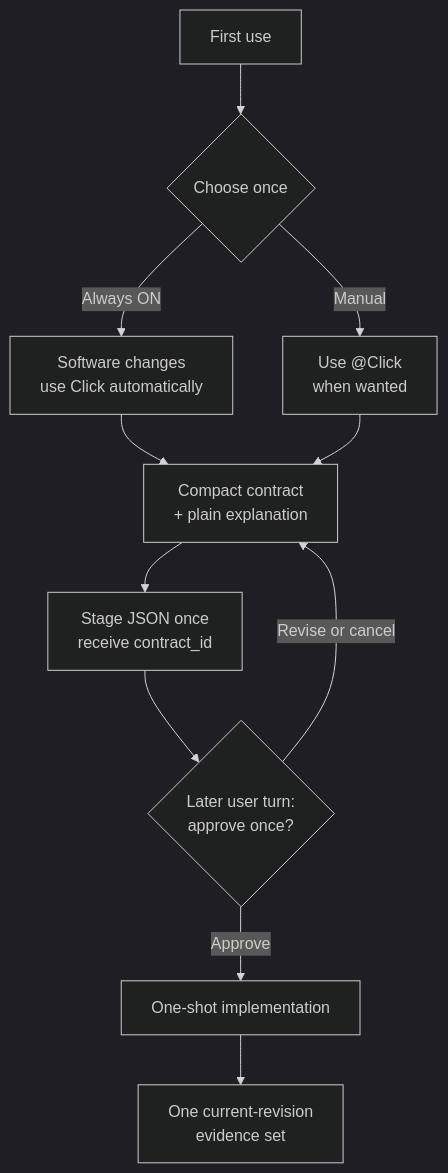
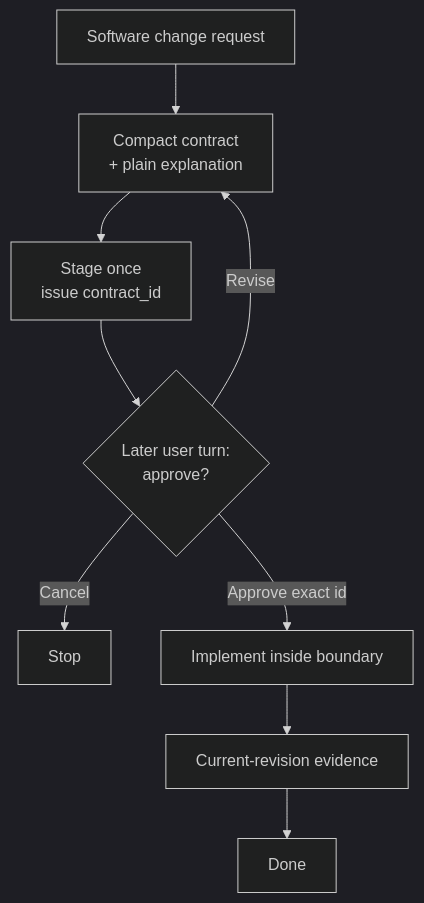
One commit to grapefruit0205/build-brief changed the diagram in README.md. Above: the diagram before and after it, drawn with Mermaid (dark theme). The commit also changed other lines of this file and 4 other files, not shown here.

````diff
--- a/README.md
+++ b/README.md
@@ -107,13 +100,11 @@
 ```mermaid
 flowchart TB
-    A["First use"] --> B{"Choose once"}
-    B -->|Always ON| C["Software changes<br/>use Click automatically"]
-    B -->|Manual| D["Use @Click<br/>when wanted"]
-    C --> E["Compact contract<br/>+ plain explanation"]
-    D --> E
-    E --> F["Stage JSON once<br/>receive contract_id"]
-    F --> I{"Later user turn:<br/>approve once?"}
-    I -->|Revise or cancel| E
-    I -->|Approve| G["One-shot implementation"]
-    G --> H["One current-revision<br/>evidence set"]
+    A["Software change request"] --> B["Compact contract<br/>+ plain explanation"]
+    B --> C["Stage once<br/>issue contract_id"]
+    C --> D{"Later user turn:<br/>approve?"}
+    D -->|Revise| B
+    D -->|Cancel| X["Stop"]
+    D -->|Approve exact id| E["Implement inside boundary"]
+    E --> F["Current-revision evidence"]
+    F --> G["Done"]
 ```
````
